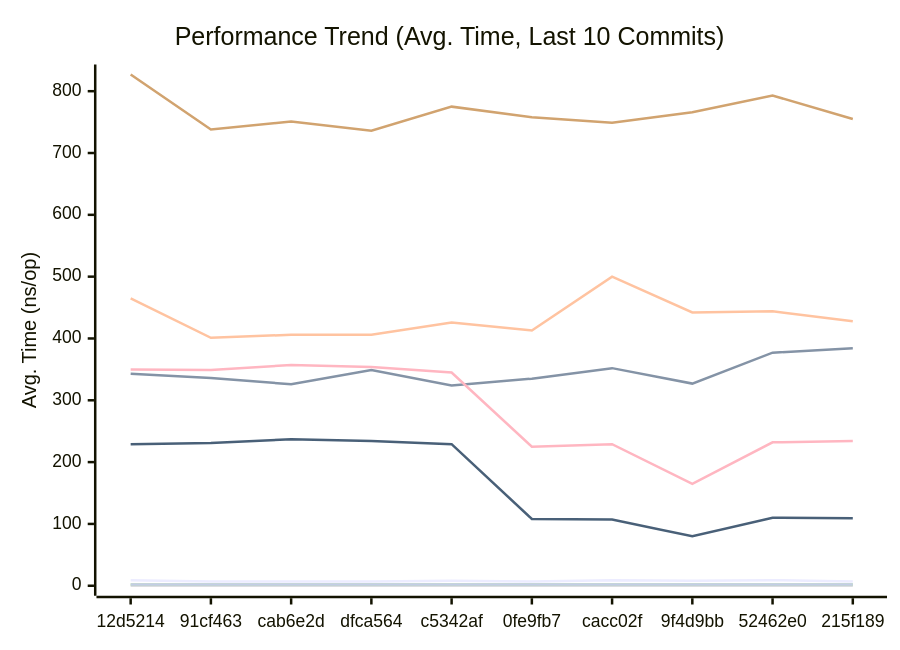
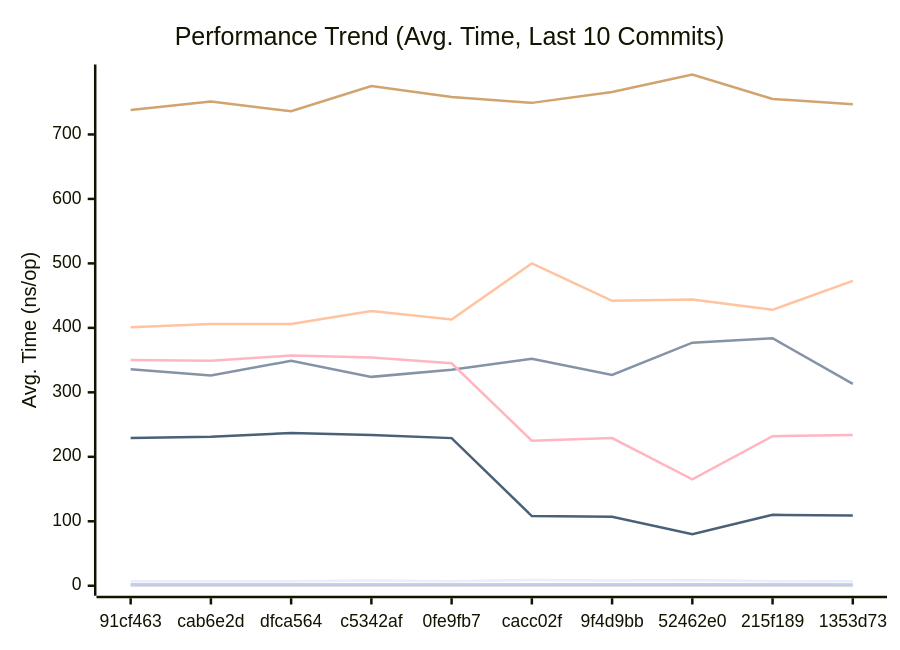
Before and after one commit to alsotoes/momo: the first of 3 diagrams in docs/PERFORMANCE.md, drawn with Mermaid. The commit also changed other lines of this file and 5 other files, not shown here.

First line of the commit message:
fix: bounds check, metadata count error, metrics server shutdown (#443, #442, #441)

````diff
--- a/docs/PERFORMANCE.md
+++ b/docs/PERFORMANCE.md
@@ -80,16 +80,16 @@
 ```mermaid
 xychart-beta
     title "Performance Trend (Avg. Time, Last 10 Commits)"
     x-axis "Commit"
     y-axis "Avg. Time (ns/op)"
-    x-axis [12d5214,91cf463,cab6e2d,dfca564,c5342af,0fe9fb7,cacc02f,9f4d9bb,52462e0,215f189]
-    line "CheckMetricsAndSwap" [9,7,7,7,8,7,9,8,9,7]
-    line "CrushOptimized" [343,336,326,349,324,335,352,327,377,384]
-    line "CrushOriginal" [465,401,406,406,426,413,500,442,444,428]
+    x-axis [91cf463,cab6e2d,dfca564,c5342af,0fe9fb7,cacc02f,9f4d9bb,52462e0,215f189,1353d73]
+    line "CheckMetricsAndSwap" [7,7,7,8,7,9,8,9,7,7]
+    line "CrushOptimized" [336,326,349,324,335,352,327,377,384,313]
+    line "CrushOriginal" [401,406,406,426,413,500,442,444,428,473]
     line "IndexDirectTracking" [0,0,0,0,0,0,0,0,0,0]
-    line "IndexSearch" [2,2,2,2,2,2,2,2,2,2]
-    line "LoadGlobalConfig" [827,738,751,736,775,758,749,766,793,755]
+    line "IndexSearch" [2,2,2,2,2,2,2,2,2,1]
+    line "LoadGlobalConfig" [738,751,736,775,758,749,766,793,755,747]
     line "PadString" [2,2,2,2,2,2,2,2,2,2]
     line "ParseReplicationOrder_NoPrealloc" [350,349,357,354,345,225,229,165,232,234]
     line "ParseReplicationOrder_Prealloc" [229,231,237,234,229,108,107,80,110,109]
 ```
````
